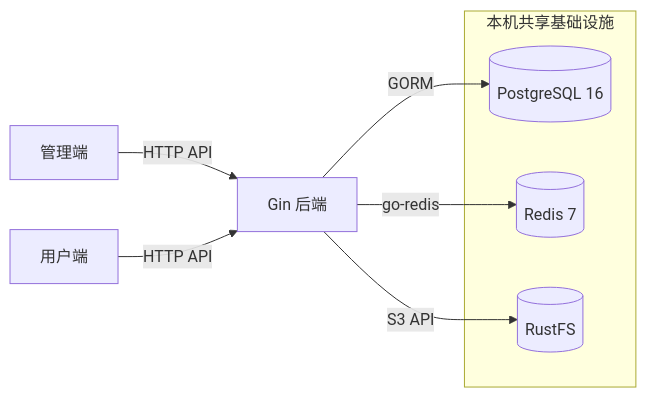
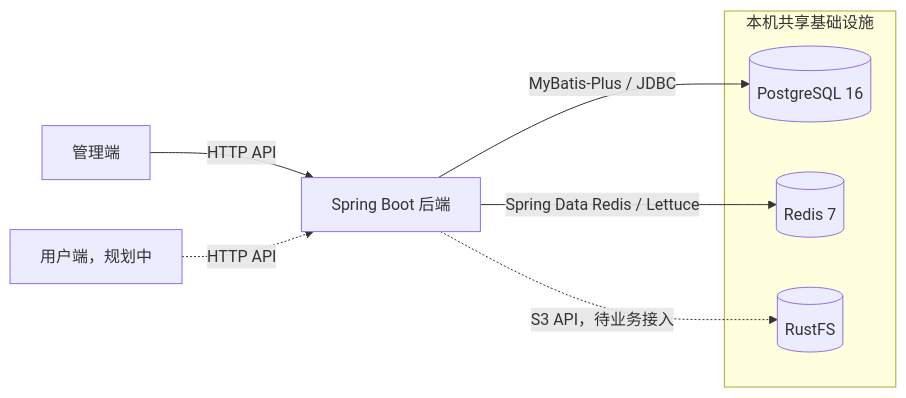
Before and after one commit to 0Elaina/hoshi: the diagram in docs/01-project-overview.md, drawn with Mermaid. The commit also changed other lines of this file and 37 other files, not shown here.

````diff
--- a/docs/01-project-overview.md
+++ b/docs/01-project-overview.md
@@ -25,15 +25,15 @@
 ```mermaid
 flowchart LR
-    Admin[管理端] -->|HTTP API| Backend[Gin 后端]
-    Web[用户端] -->|HTTP API| Backend
+    Admin[管理端] -->|HTTP API| Backend[Spring Boot 后端]
+    Web[用户端，规划中] -. HTTP API .-> Backend
 
     subgraph Infra[本机共享基础设施]
         Postgres[(PostgreSQL 16)]
         Redis[(Redis 7)]
         RustFS[(RustFS)]
     end
 
-    Backend -->|GORM| Postgres
-    Backend -->|go-redis| Redis
-    Backend -->|S3 API| RustFS
+    Backend -->|MyBatis-Plus / JDBC| Postgres
+    Backend -->|Spring Data Redis / Lettuce| Redis
+    Backend -. S3 API，待业务接入 .-> RustFS
 ```
````
